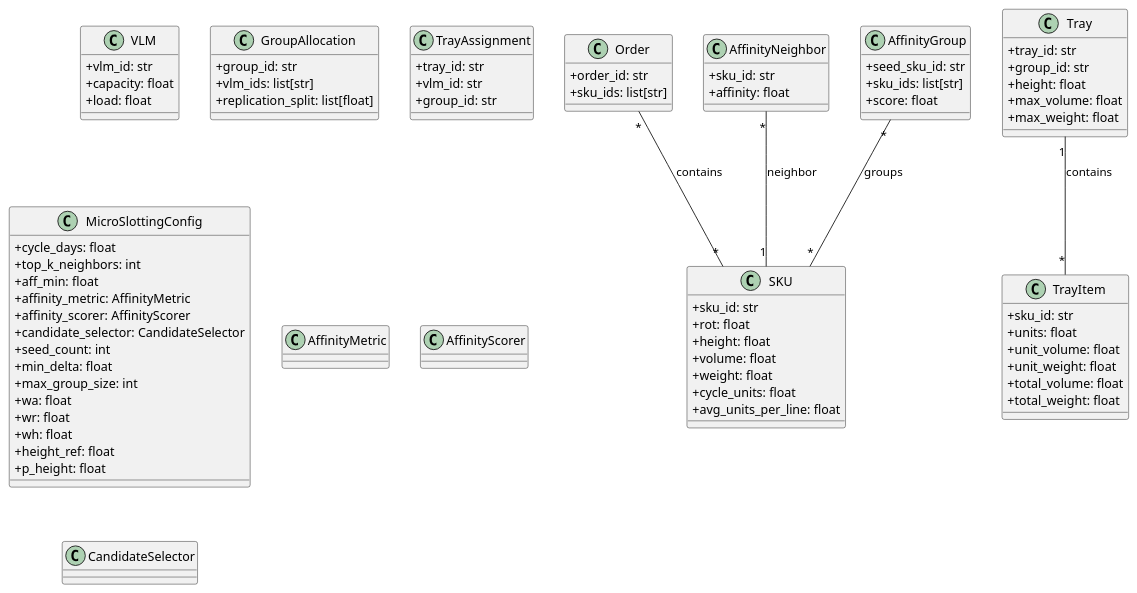
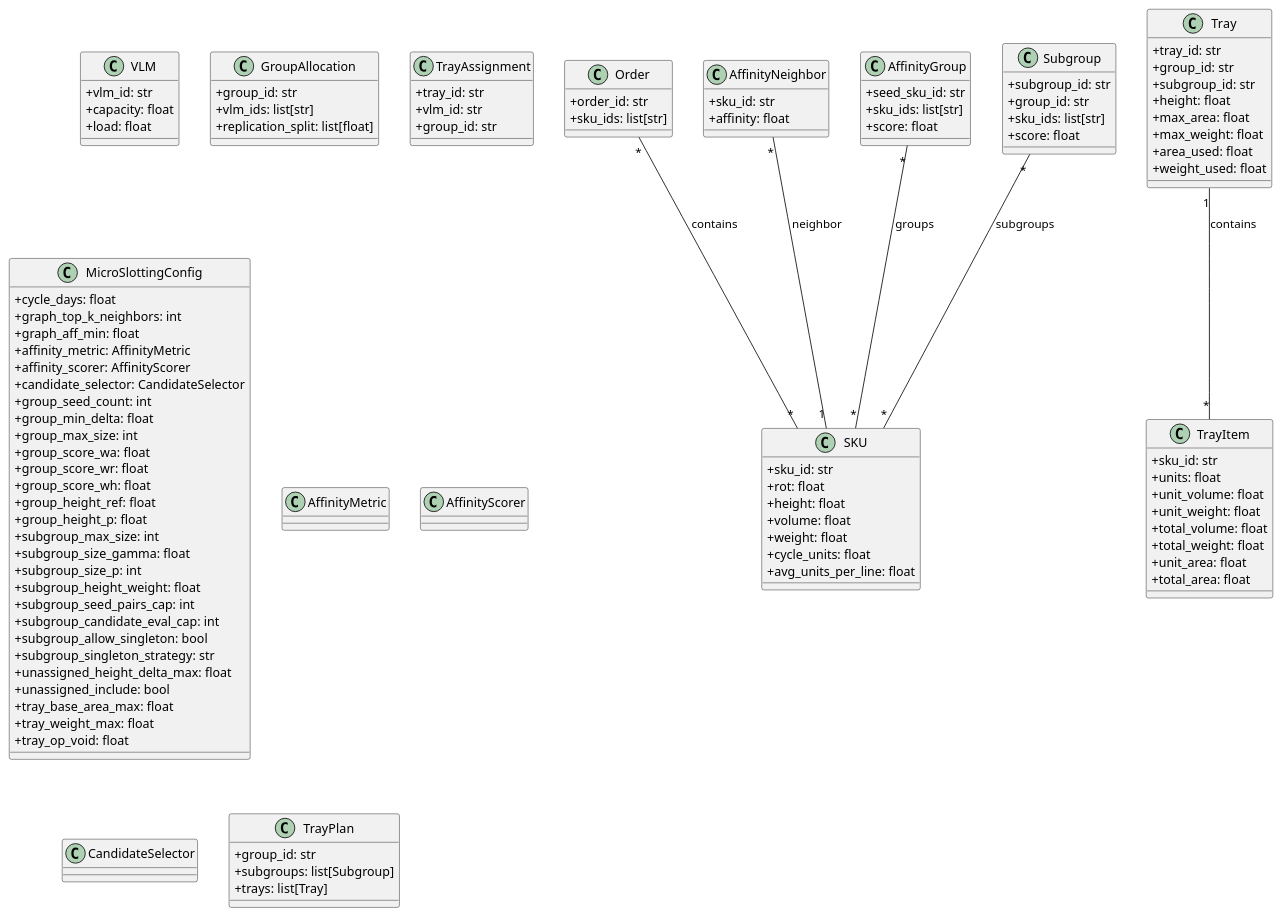
The diagram in docs/uml.puml (frdesimone/slotting), drawn with PlantUML before and after one commit. The commit also changed 23 other files, not shown here.

```diff
--- a/docs/uml.puml
+++ b/docs/uml.puml
@@ -1,91 +1,123 @@
 @startuml
 skinparam classAttributeIconSize 0
 
 class SKU {
   +sku_id: str
   +rot: float
   +height: float
   +volume: float
   +weight: float
   +cycle_units: float
   +avg_units_per_line: float
 }
 
 class Order {
   +order_id: str
   +sku_ids: list[str]
 }
 
 class Tray {
   +tray_id: str
   +group_id: str
+  +subgroup_id: str
   +height: float
-  +max_volume: float
+  +max_area: float
   +max_weight: float
+  +area_used: float
+  +weight_used: float
 }
 
 class TrayItem {
   +sku_id: str
   +units: float
   +unit_volume: float
   +unit_weight: float
   +total_volume: float
   +total_weight: float
+  +unit_area: float
+  +total_area: float
 }
 
 class VLM {
   +vlm_id: str
   +capacity: float
   +load: float
 }
 
 class GroupAllocation {
   +group_id: str
   +vlm_ids: list[str]
   +replication_split: list[float]
 }
 
 class TrayAssignment {
   +tray_id: str
   +vlm_id: str
   +group_id: str
 }
 
 class MicroSlottingConfig {
   +cycle_days: float
-  +top_k_neighbors: int
-  +aff_min: float
+  +graph_top_k_neighbors: int
+  +graph_aff_min: float
   +affinity_metric: AffinityMetric
   +affinity_scorer: AffinityScorer
   +candidate_selector: CandidateSelector
-  +seed_count: int
-  +min_delta: float
-  +max_group_size: int
-  +wa: float
-  +wr: float
-  +wh: float
-  +height_ref: float
-  +p_height: float
+  +group_seed_count: int
+  +group_min_delta: float
+  +group_max_size: int
+  +group_score_wa: float
+  +group_score_wr: float
+  +group_score_wh: float
+  +group_height_ref: float
+  +group_height_p: float
+  +subgroup_max_size: int
+  +subgroup_size_gamma: float
+  +subgroup_size_p: int
+  +subgroup_height_weight: float
+  +subgroup_seed_pairs_cap: int
+  +subgroup_candidate_eval_cap: int
+  +subgroup_allow_singleton: bool
+  +subgroup_singleton_strategy: str
+  +unassigned_height_delta_max: float
+  +unassigned_include: bool
+  +tray_base_area_max: float
+  +tray_weight_max: float
+  +tray_op_void: float
 }
 
 class AffinityMetric
 class AffinityScorer
 class CandidateSelector
 
 class AffinityNeighbor {
   +sku_id: str
   +affinity: float
 }
 
 class AffinityGroup {
   +seed_sku_id: str
   +sku_ids: list[str]
   +score: float
 }
 
+class Subgroup {
+  +subgroup_id: str
+  +group_id: str
+  +sku_ids: list[str]
+  +score: float
+}
+
+class TrayPlan {
+  +group_id: str
+  +subgroups: list[Subgroup]
+  +trays: list[Tray]
+}
+
 Order "*" -- "*" SKU : contains
 AffinityGroup "*" -- "*" SKU : groups
+Subgroup "*" -- "*" SKU : subgroups
 AffinityNeighbor "*" -- "1" SKU : neighbor
 Tray "1" -- "*" TrayItem : contains
 
 @enduml
```
